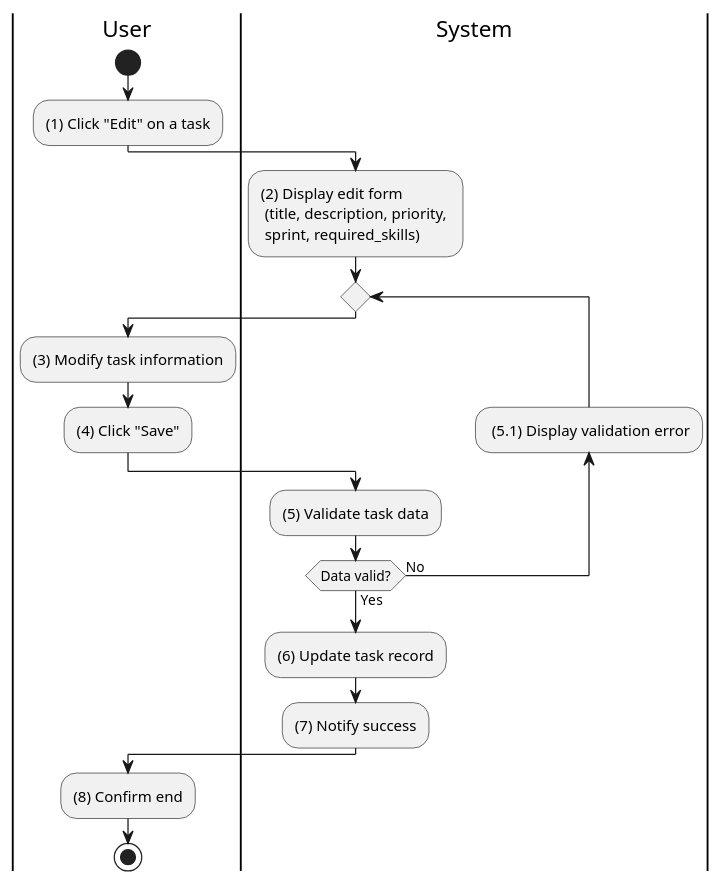
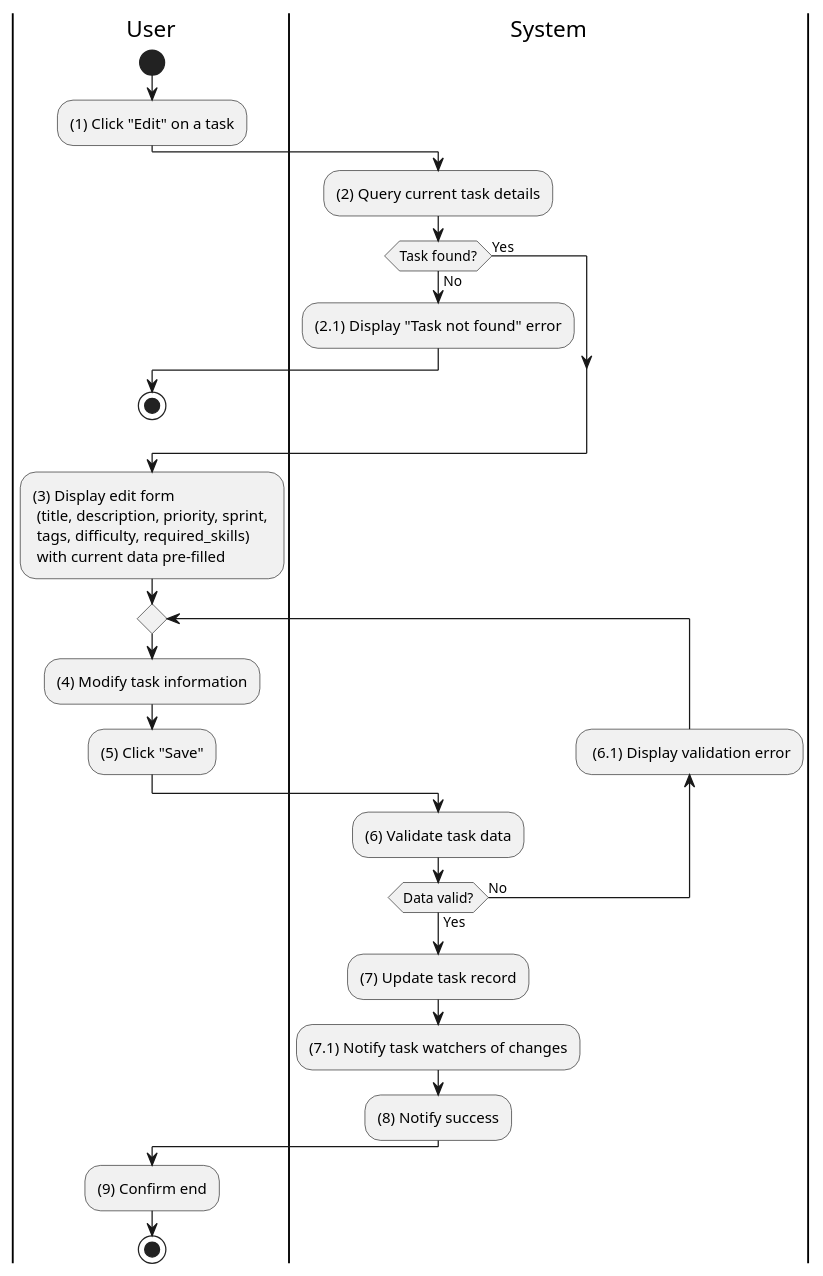
One commit to taskpilot-platform/taskpilot-platform.github.io changed the diagram in docs/docs/activity/task-management/update-task-information.md. Above: the diagram before and after it, drawn with PlantUML. The commit also changed 17 other files, not shown here.

````diff
--- a/docs/docs/activity/task-management/update-task-information.md
+++ b/docs/docs/activity/task-management/update-task-information.md
@@ -3,31 +3,41 @@
 ```plantuml
 @startuml
 |U|User
 |S|System
 
 |U|
 start
 :(1) Click "Edit" on a task;
 
 |S|
-:(2) Display edit form \n (title, description, priority, \n sprint, required_skills);
+:(2) Query current task details;
+
+if (Task found?) then (No)
+  :(2.1) Display "Task not found" error;
+  |U|
+  stop
+else (Yes)
+endif
+
+:(3) Display edit form \n (title, description, priority, sprint, \n tags, difficulty, required_skills) \n with current data pre-filled;
 
 repeat
   |U|
-  :(3) Modify task information;
-  :(4) Click "Save";
+  :(4) Modify task information;
+  :(5) Click "Save";
 
   |S|
-  :(5) Validate task data;
-  backward: (5.1) Display validation error;
+  :(6) Validate task data;
+  backward: (6.1) Display validation error;
 repeat while (Data valid?) is (No) not (Yes)
 
-:(6) Update task record;
-:(7) Notify success;
+:(7) Update task record;
+:(7.1) Notify task watchers of changes;
+:(8) Notify success;
 
 |U|
-:(8) Confirm end;
+:(9) Confirm end;
 
 stop
 @enduml
 ```
````
